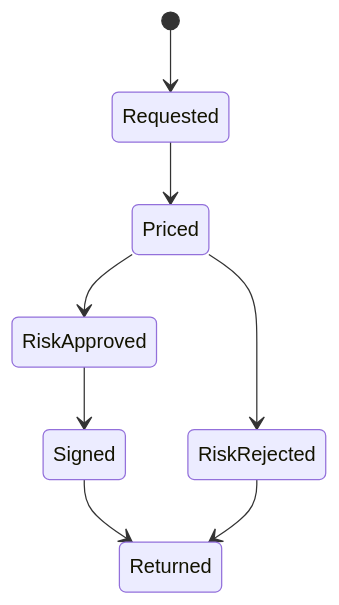
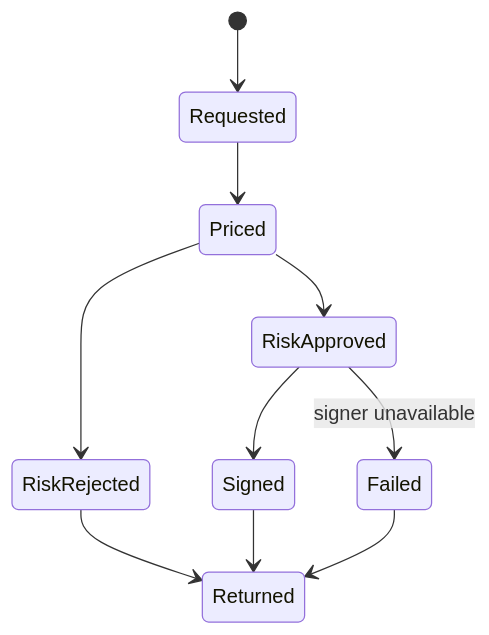
The third of 3 diagrams in book/Volume5-BackendEngineering/Chapter02-Quote-Service.md (alvis-ai/production-grade-web3-rfq-market-maker), drawn with Mermaid before and after one commit. The commit also changed other lines of this file and 4 other files, not shown here.

Commit message:
feat: mark quotes failed on signer errors

````diff
--- a/book/Volume5-BackendEngineering/Chapter02-Quote-Service.md
+++ b/book/Volume5-BackendEngineering/Chapter02-Quote-Service.md
@@ -103,10 +103,12 @@
 ```mermaid
 stateDiagram-v2
   [*] --> Requested
   Requested --> Priced
   Priced --> RiskRejected
   Priced --> RiskApproved
   RiskApproved --> Signed
+  RiskApproved --> Failed: signer unavailable
   Signed --> Returned
   RiskRejected --> Returned
+  Failed --> Returned
 ```
````
